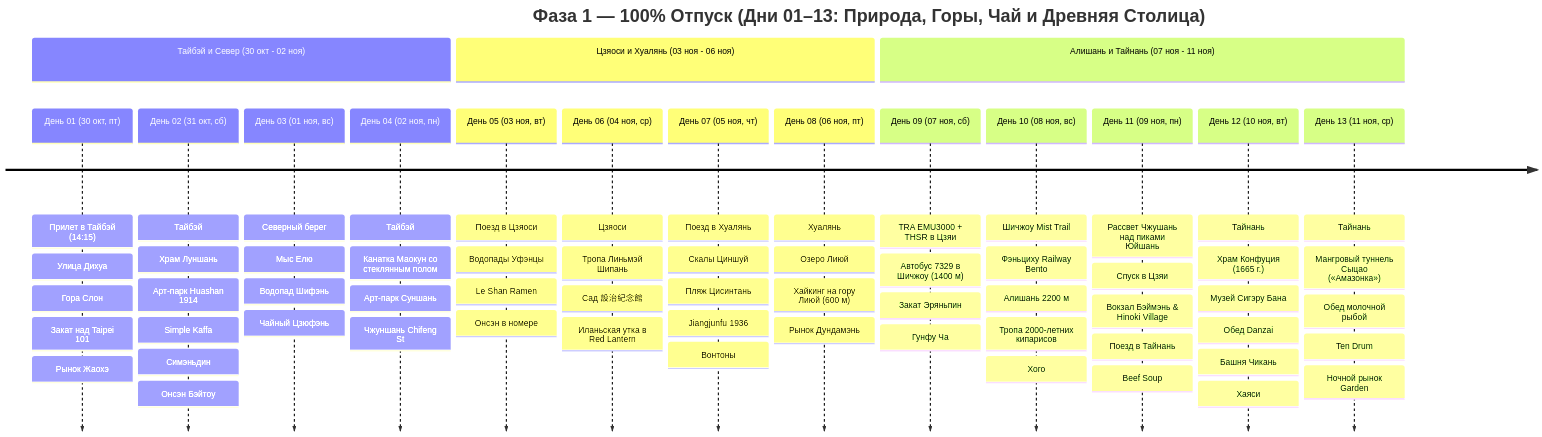
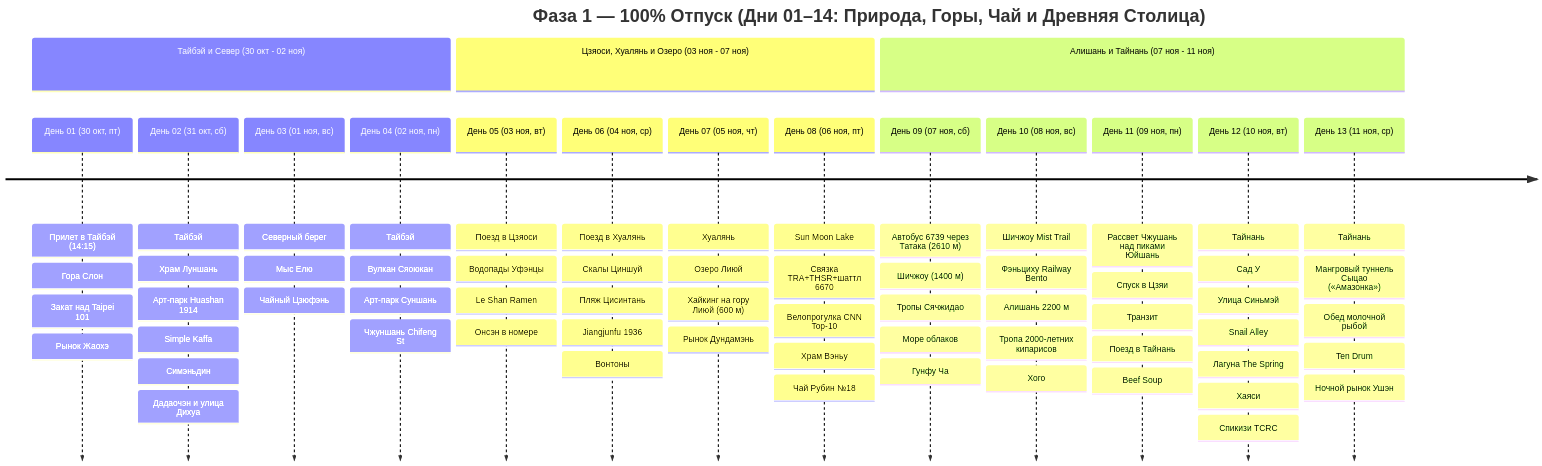
The first of 2 diagrams in Personal Note/Travel/-- Taiwan/Taiwan.md (injurka/obsidian-mark), drawn with Mermaid before and after one commit. The commit also changed other lines of this file and 79 other files, not shown here.

````diff
--- a/Personal Note/Travel/-- Taiwan/Taiwan.md
+++ b/Personal Note/Travel/-- Taiwan/Taiwan.md
@@ -24,20 +24,20 @@
 ```mermaid
 timeline
-    title Фаза 1 — 100% Отпуск (Дни 01–13: Природа, Горы, Чай и Древняя Столица)
+    title Фаза 1 — 100% Отпуск (Дни 01–14: Природа, Горы, Чай и Древняя Столица)
     section Тайбэй и Север (30 окт - 02 ноя)
-        День 01 (30 окт, пт) : Прилет в Тайбэй (14:15) : Улица Дихуа : Гора Слон : Закат над Taipei 101 : Рынок Жаохэ
-        День 02 (31 окт, сб) : Тайбэй : Храм Луншань : Арт-парк Huashan 1914 : Simple Kaffa : Симэньдин : Онсэн Бэйтоу
-        День 03 (01 ноя, вс) : Северный берег : Мыс Елю : Водопад Шифэнь : Чайный Цзюфэнь
-        День 04 (02 ноя, пн) : Тайбэй : Канатка Маокун со стеклянным полом : Арт-парк Суншань : Чжуншань Chifeng St
-    section Цзяоси и Хуалянь (03 ноя - 06 ноя)
+        День 01 (30 окт, пт) : Прилет в Тайбэй (14:15) : Гора Слон : Закат над Taipei 101 : Рынок Жаохэ
+        День 02 (31 окт, сб) : Тайбэй : Храм Луншань : Арт-парк Huashan 1914 : Simple Kaffa : Симэньдин : Дадаочэн и улица Дихуа
+        День 03 (01 ноя, вс) : Северный берег : Мыс Елю : Чайный Цзюфэнь
+        День 04 (02 ноя, пн) : Тайбэй : Вулкан Сяоюкан : Арт-парк Суншань : Чжуншань Chifeng St
+    section Цзяоси, Хуалянь и Озеро (03 ноя - 07 ноя)
         День 05 (03 ноя, вт) : Поезд в Цзяоси : Водопады Уфэнцы : Le Shan Ramen : Онсэн в номере
-        День 06 (04 ноя, ср) : Цзяоси : Тропа Линьмэй Шипань : Сад 設治紀念館 : Иланьская утка в Red Lantern
-        День 07 (05 ноя, чт) : Поезд в Хуалянь : Скалы Циншуй : Пляж Цисинтань : Jiangjunfu 1936 : Вонтоны
-        День 08 (06 ноя, пт) : Хуалянь : Озеро Лиюй : Хайкинг на гору Лиюй (600 м) : Рынок Дундамэнь
+        День 06 (04 ноя, ср) : Поезд в Хуалянь : Скалы Циншуй : Пляж Цисинтань : Jiangjunfu 1936 : Вонтоны
+        День 07 (05 ноя, чт) : Хуалянь : Озеро Лиюй : Хайкинг на гору Лиюй (600 м) : Рынок Дундамэнь
+        День 08 (06 ноя, пт) : Sun Moon Lake : Связка TRA+THSR+шаттл 6670 : Велопрогулка CNN Top-10 : Храм Вэньу : Чай Рубин №18
     section Алишань и Тайнань (07 ноя - 11 ноя)
-        День 09 (07 ноя, сб) : TRA EMU3000 + THSR в Цзяи : Автобус 7329 в Шичжоу (1400 м) : Закат Эряньпин : Гунфу Ча
+        День 09 (07 ноя, сб) : Автобус 6739 через Татака (2610 м) : Шичжоу (1400 м) : Тропы Сячжидао : Море облаков : Гунфу Ча
         День 10 (08 ноя, вс) : Шичжоу Mist Trail : Фэньциху Railway Bento : Алишань 2200 м : Тропа 2000-летних кипарисов : Хого
-        День 11 (09 ноя, пн) : Рассвет Чжушань над пиками Юйшань : Спуск в Цзяи : Вокзал Бэймэнь & Hinoki Village : Поезд в Тайнань : Beef Soup
-        День 12 (10 ноя, вт) : Тайнань : Храм Конфуция (1665 г.) : Музей Сигэру Бана : Обед Danzai : Башня Чикань : Хаяси
-        День 13 (11 ноя, ср) : Тайнань : Мангровый туннель Сыцао («Амазонка») : Обед молочной рыбой : Ten Drum : Ночной рынок Garden
+        День 11 (09 ноя, пн) : Рассвет Чжушань над пиками Юйшань : Спуск в Цзяи : Транзит : Поезд в Тайнань : Beef Soup
+        День 12 (10 ноя, вт) : Тайнань : Сад У : Улица Синьмэй : Snail Alley : Лагуна The Spring : Хаяси : Спикизи TCRC
+        День 13 (11 ноя, ср) : Тайнань : Мангровый туннель Сыцао («Амазонка») : Обед молочной рыбой : Ten Drum : Ночной рынок Ушэн
 ```
````
